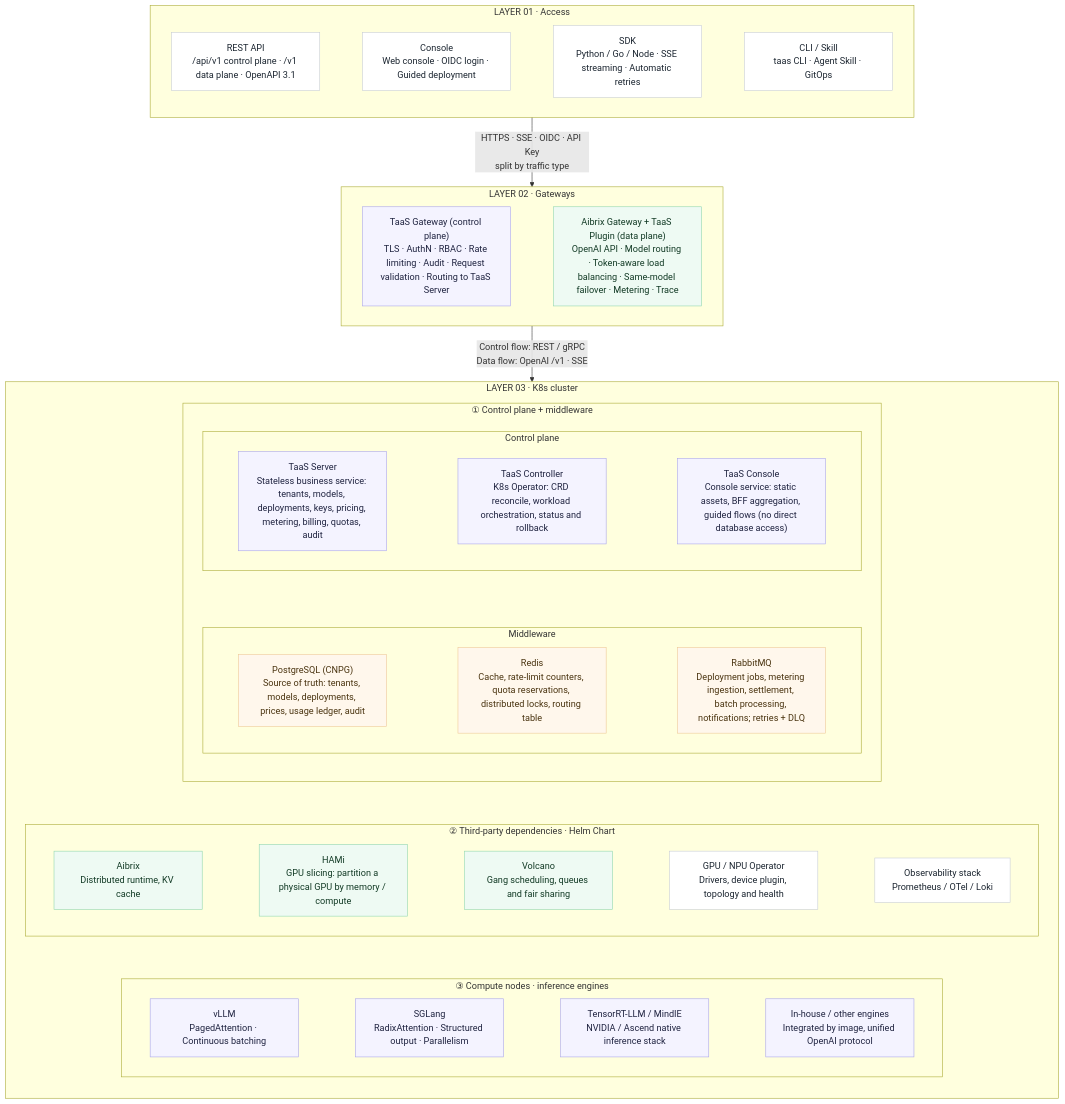
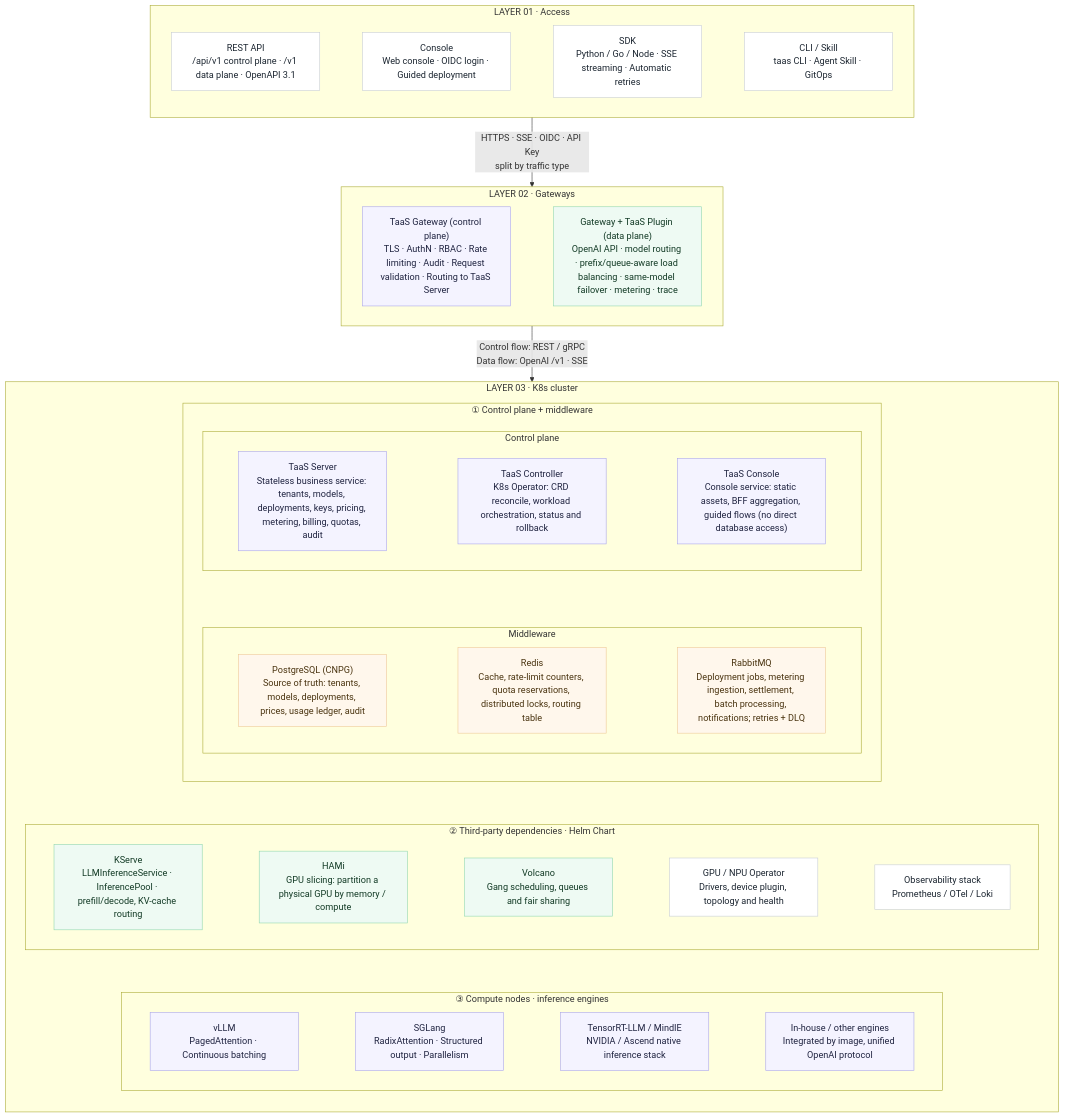
The diagram in data/readmes/go-taas__go-taas.md (zqf20096327/ai_collect), drawn with Mermaid before and after one commit. The commit also changed other lines of this file and 1974 other files, not shown here.

````diff
--- a/data/readmes/go-taas__go-taas.md
+++ b/data/readmes/go-taas__go-taas.md
@@ -108,66 +108,66 @@
 ```mermaid
 flowchart TB
 subgraph L1["LAYER 01 · Access"]
     direction LR
     A1["REST API<br/>/api/v1 control plane · /v1 data plane · OpenAPI 3.1"]:::cell
     A2["Console<br/>Web console · OIDC login · Guided deployment"]:::cell
     A3["SDK<br/>Python / Go / Node · SSE streaming · Automatic retries"]:::cell
     A4["CLI / Skill<br/>taas CLI · Agent Skill · GitOps"]:::cell
     A1 ~~~ A2 ~~~ A3 ~~~ A4
 end
 
 subgraph L2["LAYER 02 · Gateways"]
     direction LR
     G1["TaaS Gateway (control plane)<br/>TLS · AuthN · RBAC · Rate limiting · Audit · Request validation · Routing to TaaS Server"]:::cp
-    G2["Aibrix Gateway + TaaS Plugin (data plane)<br/>OpenAI API · Model routing · Token-aware load balancing · Same-model failover · Metering · Trace"]:::dp
+    G2["Gateway + TaaS Plugin (data plane)<br/>OpenAI API · model routing · prefix/queue-aware load balancing · same-model failover · metering · trace"]:::dp
     G1 ~~~ G2
 end
 
 subgraph L3["LAYER 03 · K8s cluster"]
     direction TB
     subgraph L3A["① Control plane + middleware"]
         direction TB
         subgraph L3A1["Control plane"]
             direction LR
             S1["TaaS Server<br/>Stateless business service: tenants, models, deployments, keys, pricing, metering, billing, quotas, audit"]:::cp
             S2["TaaS Controller<br/>K8s Operator: CRD reconcile, workload orchestration, status and rollback"]:::cp
             S3["TaaS Console<br/>Console service: static assets, BFF aggregation, guided flows (no direct database access)"]:::cp
             S1 ~~~ S2 ~~~ S3
         end
         subgraph L3A2["Middleware"]
             direction LR
             M1["PostgreSQL (CNPG)<br/>Source of truth: tenants, models, deployments, prices, usage ledger, audit"]:::mw
             M2["Redis<br/>Cache, rate-limit counters, quota reservations, distributed locks, routing table"]:::mw
             M3["RabbitMQ<br/>Deployment jobs, metering ingestion, settlement, batch processing, notifications; retries + DLQ"]:::mw
             M1 ~~~ M2 ~~~ M3
         end
         L3A1 ~~~ L3A2
     end
     subgraph L3B["② Third-party dependencies · Helm Chart"]
         direction LR
-        B1["Aibrix<br/>Distributed runtime, KV cache"]:::dp
+        B1["KServe<br/>LLMInferenceService · InferencePool · prefill/decode, KV-cache routing"]:::dp
         B2["HAMi<br/>GPU slicing: partition a physical GPU by memory / compute"]:::dp
         B3["Volcano<br/>Gang scheduling, queues and fair sharing"]:::dp
         B4["GPU / NPU Operator<br/>Drivers, device plugin, topology and health"]:::cell
         B5["Observability stack<br/>Prometheus / OTel / Loki"]:::cell
         B1 ~~~ B2 ~~~ B3 ~~~ B4 ~~~ B5
     end
     subgraph L3C["③ Compute nodes · inference engines"]
         direction LR
         C1["vLLM<br/>PagedAttention · Continuous batching"]:::cp
         C2["SGLang<br/>RadixAttention · Structured output · Parallelism"]:::cp
         C3["TensorRT-LLM / MindIE<br/>NVIDIA / Ascend native inference stack"]:::cp
         C4["In-house / other engines<br/>Integrated by image, unified OpenAI protocol"]:::cp
         C1 ~~~ C2 ~~~ C3 ~~~ C4
     end
     L3A ~~~ L3B ~~~ L3C
 end
 
 L1 -->|"HTTPS · SSE · OIDC · API Key<br/>split by traffic type"| L2
 L2 -->|"Control flow: REST / gRPC<br/>Data flow: OpenAI /v1 · SSE"| L3
 
 classDef cell fill:#ffffff,stroke:#c7ccd6,color:#1b2530
 classDef cp fill:#f4f3ff,stroke:#a9a4ea,color:#1f2340
 classDef dp fill:#eefaf3,stroke:#8fd6ae,color:#123a25
 classDef mw fill:#fff7ec,stroke:#eec796,color:#4a3410
 ```
````
